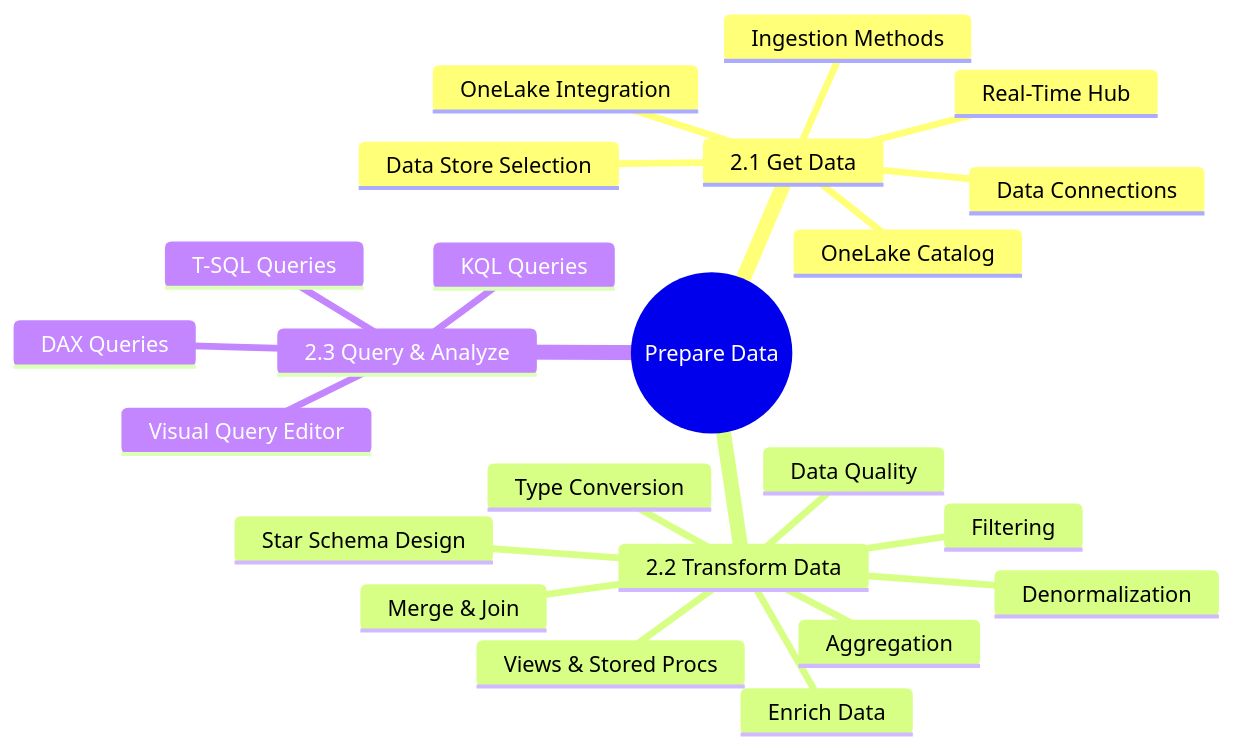
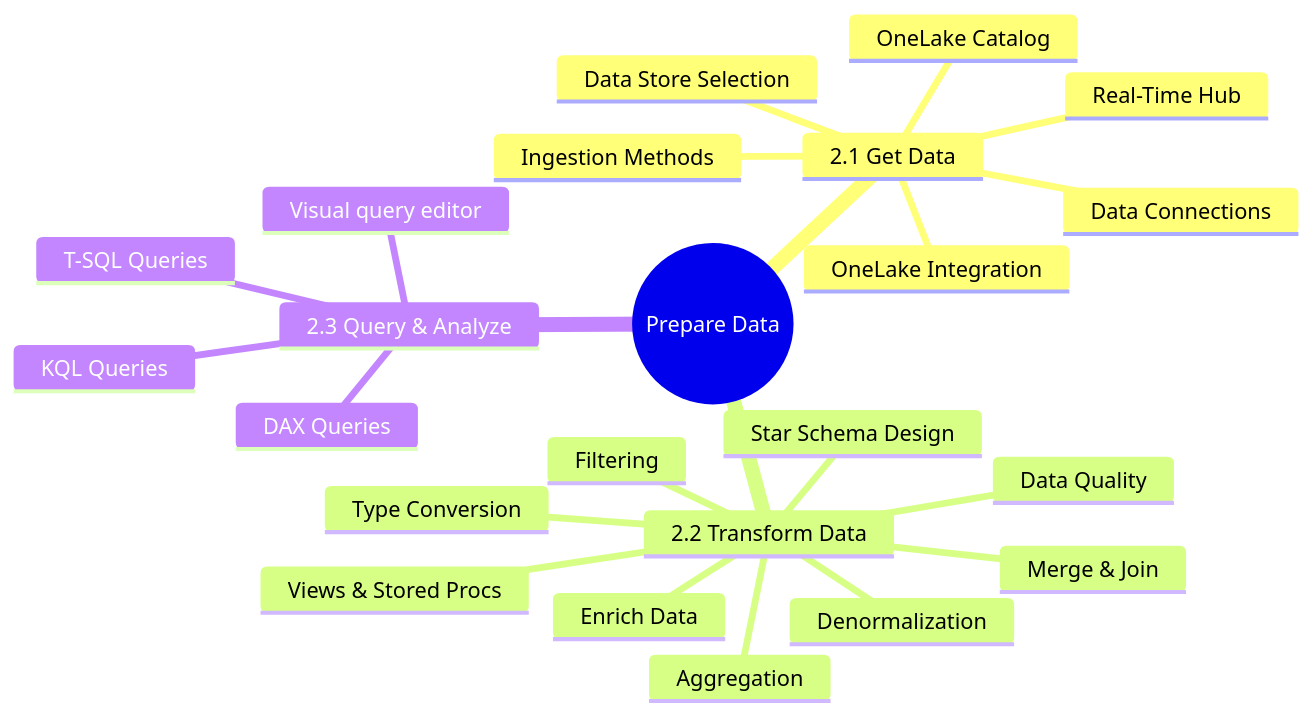
The first of 6 diagrams in 02-prepare-data.md (marcogrimaldi29/dp-600-study-notes), drawn with Mermaid before and after one commit. The commit also changed other lines of this file and 12 other files, not shown here.

````diff
--- a/02-prepare-data.md
+++ b/02-prepare-data.md
@@ -29,26 +29,26 @@
 ```mermaid
 mindmap
   root((Prepare Data))
     2.1 Get Data
       Data Connections
       OneLake Catalog
       Real-Time Hub
       Ingestion Methods
       Data Store Selection
       OneLake Integration
     2.2 Transform Data
       Views & Stored Procs
       Enrich Data
       Star Schema Design
       Denormalization
       Aggregation
       Merge & Join
       Data Quality
       Type Conversion
       Filtering
     2.3 Query & Analyze
-      Visual Query Editor
+      Visual query editor
       T-SQL Queries
       KQL Queries
       DAX Queries
 ```
````
